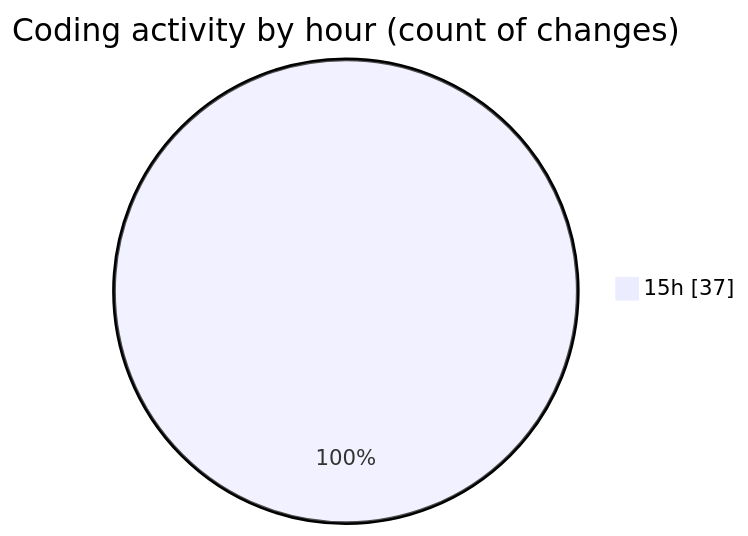
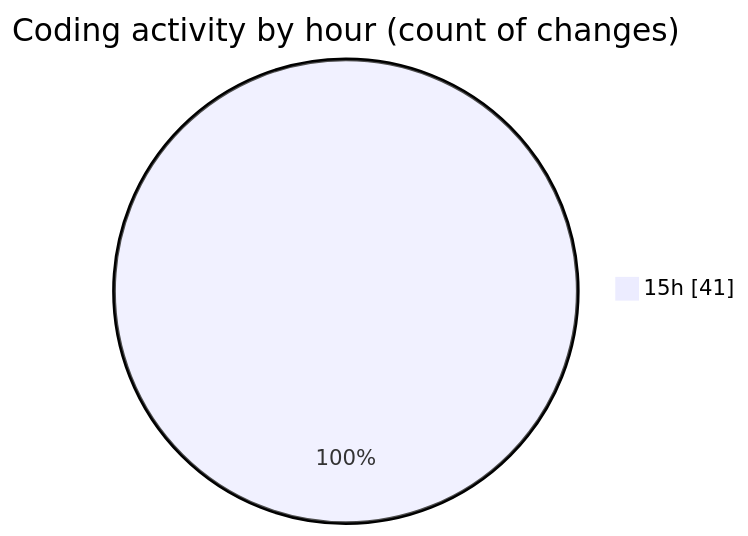
Before and after one commit to Netris89/code-tracking: the second of 2 diagrams in 2025-10-26/skintrack/README.md, drawn with Mermaid. The commit also changed other lines of this file and 1 other file, not shown here.

````diff
--- a/2025-10-26/skintrack/README.md
+++ b/2025-10-26/skintrack/README.md
@@ -33,5 +33,5 @@
 ```mermaid
 pie showData
 title Coding activity by hour (count of changes)
-"15h" : 37
+"15h" : 41
 ```
````
